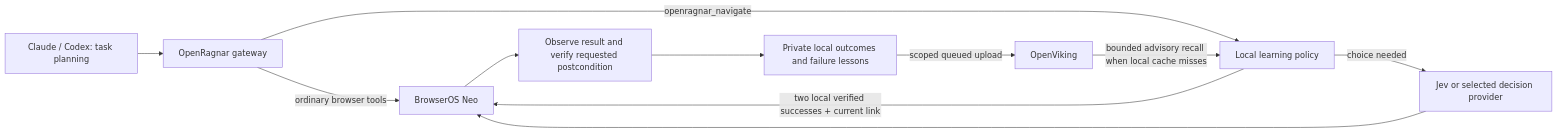
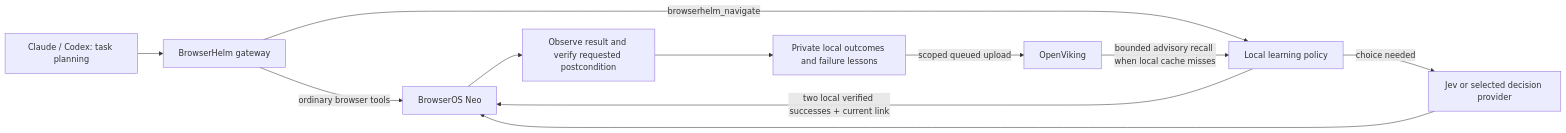
Before and after one commit to RaDeleon/BrowserHelm: the diagram in docs/learning-and-performance.md, drawn with Mermaid. The commit also changed other lines of this file and 116 other files, not shown here.

Commit message:
Publish BrowserHelm identity, client controls and artifact safeguards

````diff
--- a/docs/learning-and-performance.md
+++ b/docs/learning-and-performance.md
@@ -7,13 +7,13 @@
 ```mermaid
 flowchart LR
-    A[Claude / Codex: task planning] --> G[OpenRagnar gateway]
+    A[Claude / Codex: task planning] --> G[BrowserHelm gateway]
     G -->|ordinary browser tools| N[BrowserOS Neo]
-    G -->|openragnar_navigate| P[Local learning policy]
+    G -->|browserhelm_navigate| P[Local learning policy]
     P -->|two local verified successes + current link| N
     P -->|choice needed| J[Jev or selected decision provider]
     J --> N
     N --> V[Observe result and verify requested postcondition]
     V --> L[Private local outcomes and failure lessons]
     L -->|scoped queued upload| O[OpenViking]
     O -->|bounded advisory recall when local cache misses| P
 ```
````
